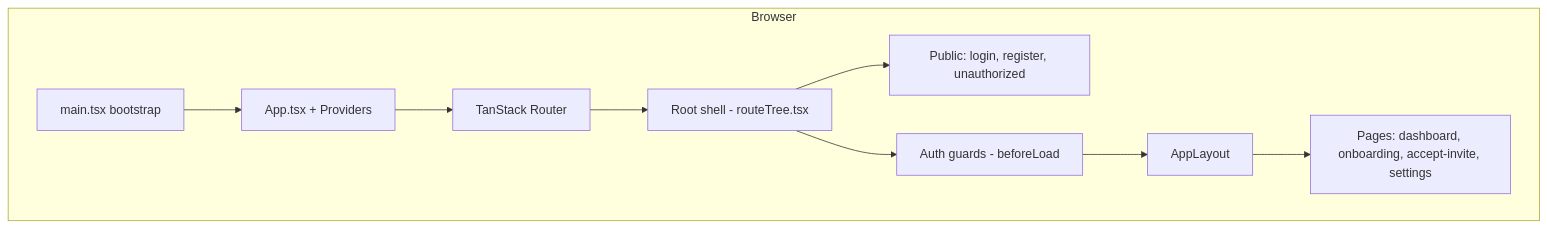
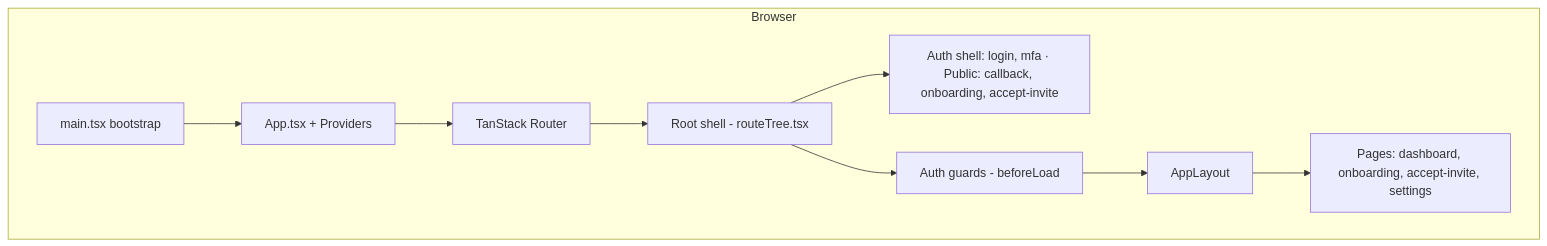
Before and after one commit to nikunjmavani/core-fe: the first of 2 diagrams in README.md, drawn with Mermaid. The commit also changed other lines of this file and 61 other files, not shown here.

````diff
--- a/README.md
+++ b/README.md
@@ -155,16 +154,16 @@
 ```mermaid
 flowchart TB
   subgraph Browser
     A[main.tsx bootstrap]
     B[App.tsx + Providers]
     C[TanStack Router]
     D[Root shell - routeTree.tsx]
-    E[Public: login, register, unauthorized]
+    E[Auth shell: login, mfa · Public: callback, onboarding, accept-invite]
     F[Auth guards - beforeLoad]
     G[AppLayout]
     H[Pages: dashboard, onboarding, accept-invite, settings]
   end
   A --> B --> C --> D
   D --> E
   D --> F --> G --> H
 ```
````
